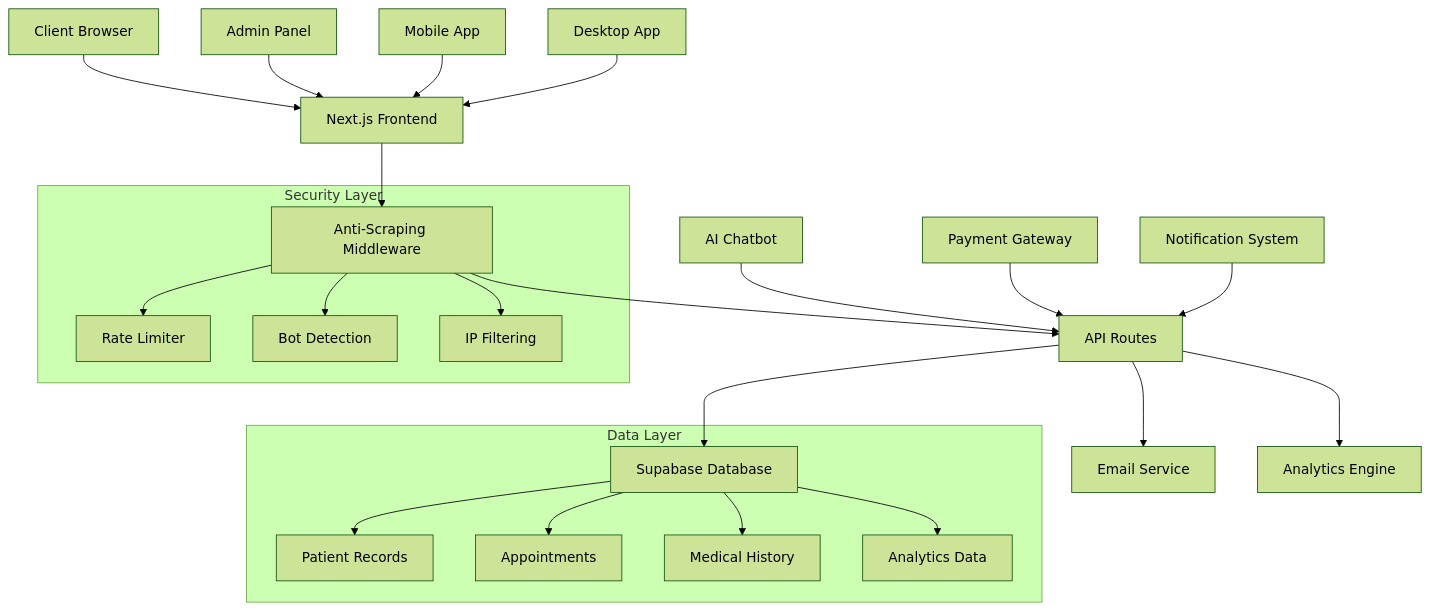
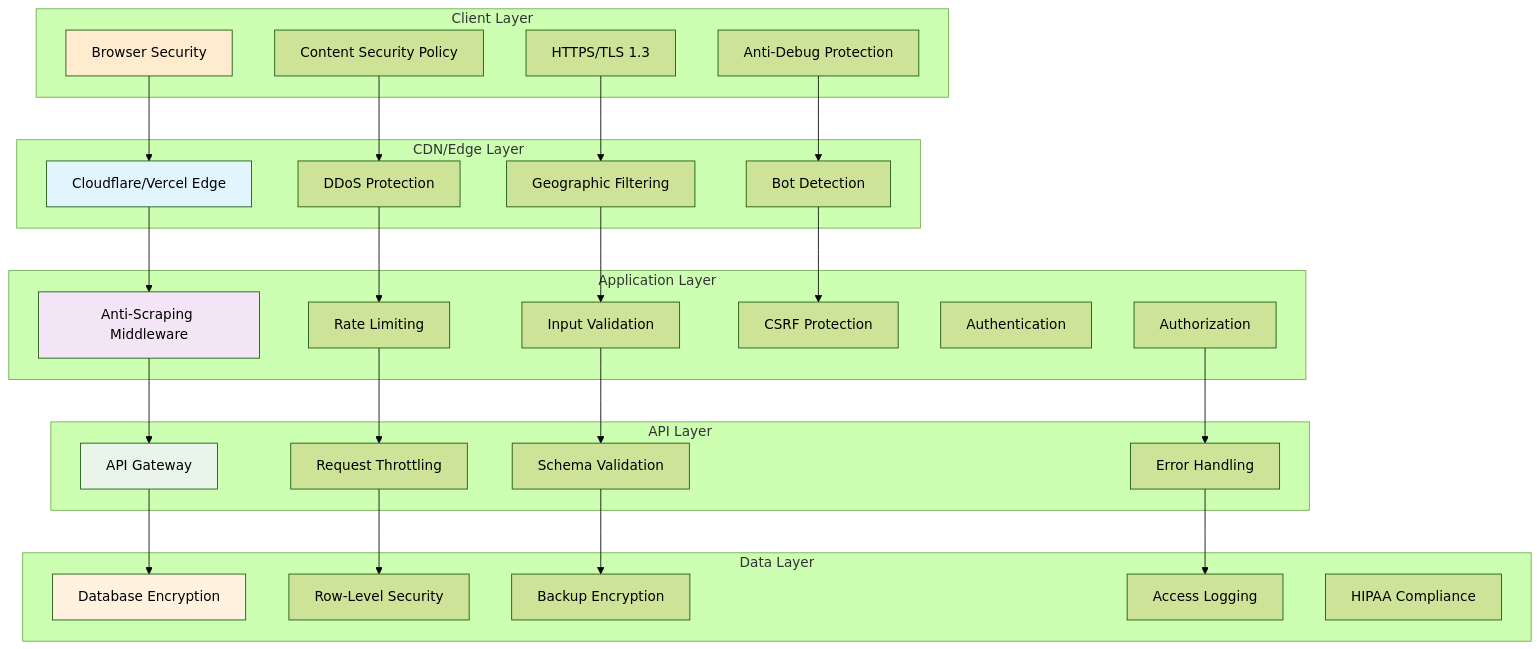
One commit to gonsteadchiropracticorg-cloud/Gonstead-Chiropractic-Clinic changed the fifth of 9 diagrams in README.md. Above: the diagram before and after it, drawn with Mermaid (forest theme). The commit also changed other lines of this file, not shown here.

````diff
--- a/README.md
+++ b/README.md
@@ -282,30 +558,66 @@
 ```mermaid
-graph TB
-    A[Client Browser] --> B[Next.js Frontend]
-    B --> C[Anti-Scraping Middleware]
-    C --> D[API Routes]
-    D --> E[Supabase Database]
-    D --> F[Email Service]
-    D --> G[Analytics Engine]
+flowchart TB
+    subgraph "Client Layer"
+        A1[Browser Security]
+        A2[Content Security Policy]
+        A3[HTTPS/TLS 1.3]
+        A4[Anti-Debug Protection]
+    end
     
-    H[Admin Panel] --> B
-    I[Mobile App] --> B
-    J[Desktop App] --> B
+    subgraph "CDN/Edge Layer"
+        B1[Cloudflare/Vercel Edge]
+        B2[DDoS Protection]
+        B3[Geographic Filtering]
+        B4[Bot Detection]
+    end
     
-    K[AI Chatbot] --> D
-    L[Payment Gateway] --> D
-    M[Notification System] --> D
+    subgraph "Application Layer"
+        C1[Anti-Scraping Middleware]
+        C2[Rate Limiting]
+        C3[Input Validation]
+        C4[CSRF Protection]
+        C5[Authentication]
+        C6[Authorization]
+    end
     
-    subgraph "Security Layer"
-        C --> N[Rate Limiter]
-        C --> O[Bot Detection]
-        C --> P[IP Filtering]
+    subgraph "API Layer"
+        D1[API Gateway]
+        D2[Request Throttling]
+        D3[Schema Validation]
+        D4[Error Handling]
     end
     
     subgraph "Data Layer"
-        E --> Q[Patient Records]
-        E --> R[Appointments]
-        E --> S[Medical History]
-        E --> T[Analytics Data]
+        E1[Database Encryption]
+        E2[Row-Level Security]
+        E3[Backup Encryption]
+        E4[Access Logging]
+        E5[HIPAA Compliance]
     end
+    
+    A1 --> B1
+    A2 --> B2
+    A3 --> B3
+    A4 --> B4
+    
+    B1 --> C1
+    B2 --> C2
+    B3 --> C3
+    B4 --> C4
+    
+    C1 --> D1
+    C2 --> D2
+    C3 --> D3
+    C6 --> D4
+    
+    D1 --> E1
+    D2 --> E2
+    D3 --> E3
+    D4 --> E4
+    
+    style A1 fill:#ffebcd
+    style B1 fill:#e1f5fe
+    style C1 fill:#f3e5f5
+    style D1 fill:#e8f5e8
+    style E1 fill:#fff3e0
 ```
````
